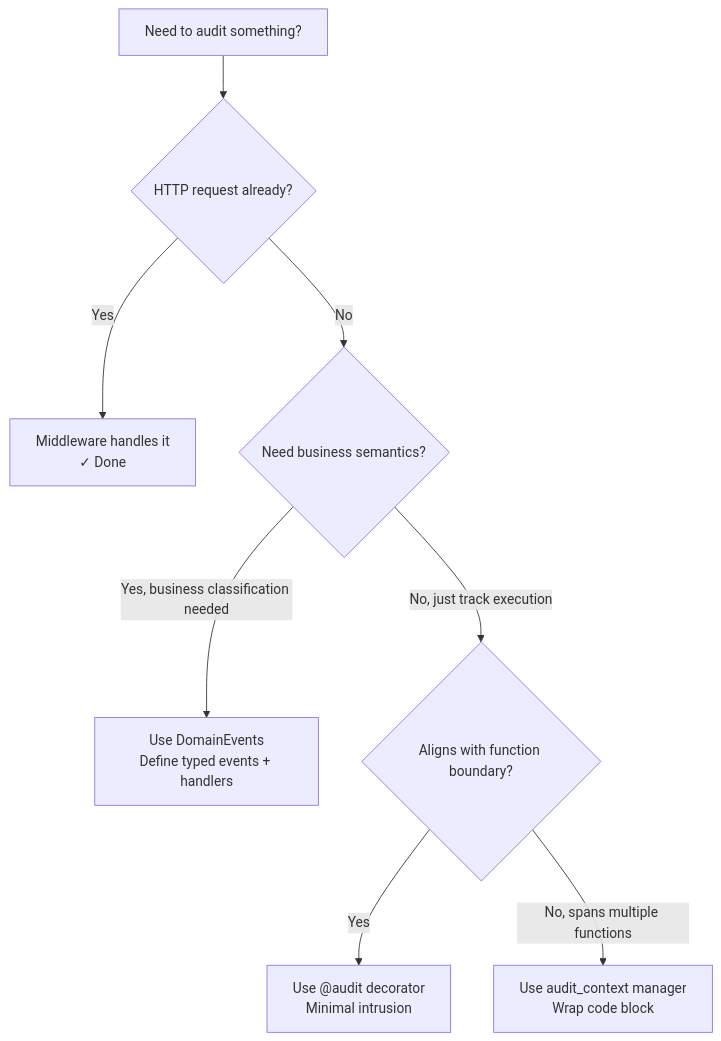
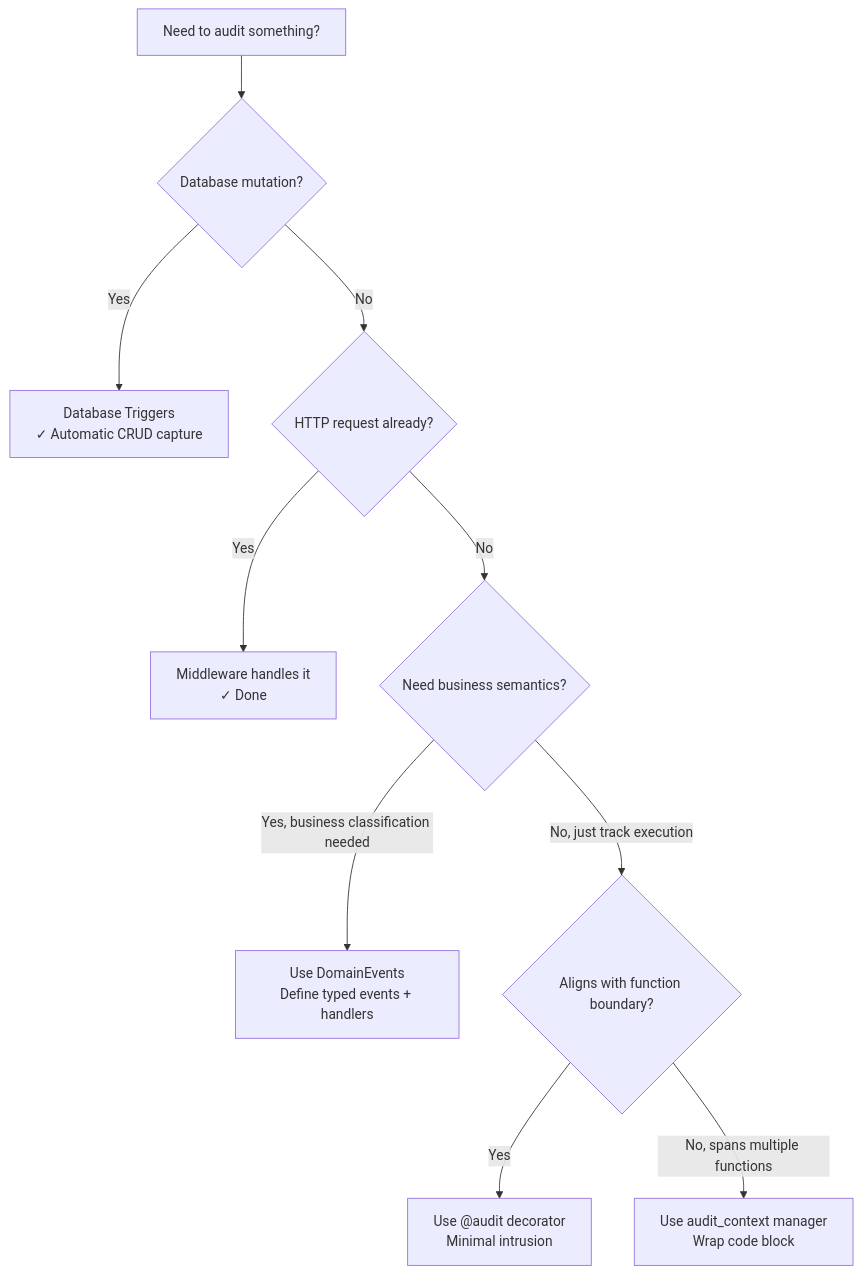
One commit to alinabuzachis/syntara changed the eighth of 8 diagrams in docs/audit.md. Above: the diagram before and after it, drawn with Mermaid. The commit also changed other lines of this file and 79 other files, not shown here.

First line of the commit message:
feat: AAP-73776: AuditEvents: Automatic CRUD Audit trail via Postgres Triggers (#1057)

````diff
--- a/docs/audit.md
+++ b/docs/audit.md
@@ -776,12 +1057,15 @@
 ```mermaid
 graph TD
-    Start[Need to audit something?] --> Q1{HTTP request already?}
+    Start[Need to audit something?] --> Q0{Database mutation?}
+    Q0 -->|Yes| A0[Database Triggers<br/>✓ Automatic CRUD capture]
+    Q0 -->|No| Q1{HTTP request already?}
+
     Q1 -->|Yes| A1[Middleware handles it<br/>✓ Done]
     Q1 -->|No| Q2{Need business semantics?}
 
     Q2 -->|Yes, business classification needed| A4[Use DomainEvents<br/>Define typed events + handlers]
     Q2 -->|No, just track execution| Q3{Aligns with function boundary?}
 
     Q3 -->|Yes| A2[Use @audit decorator<br/>Minimal intrusion]
     Q3 -->|No, spans multiple functions| A3[Use audit_context manager<br/>Wrap code block]
 ```
````
